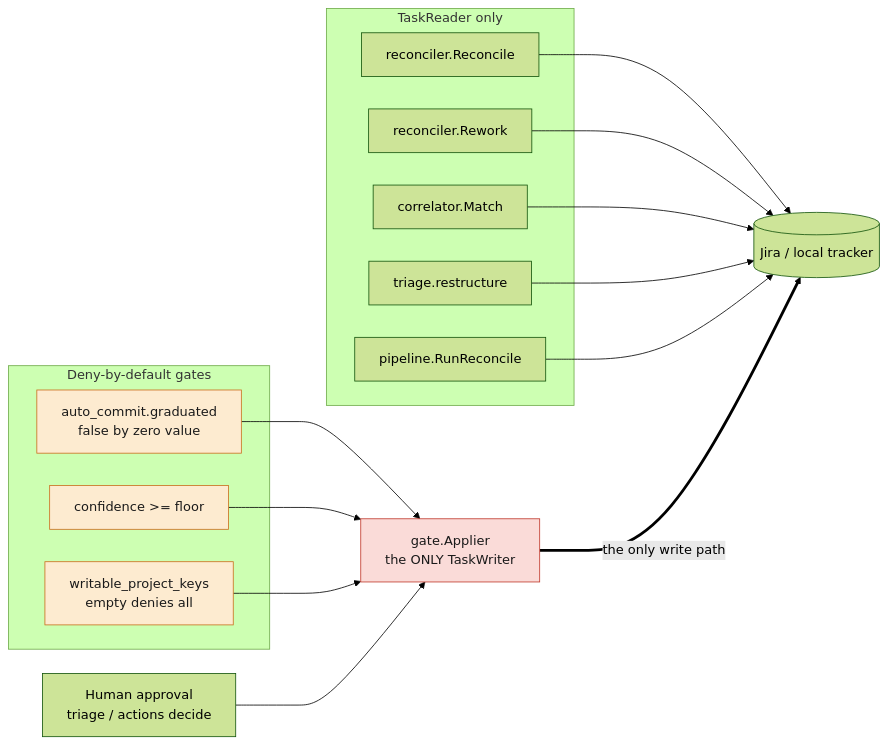
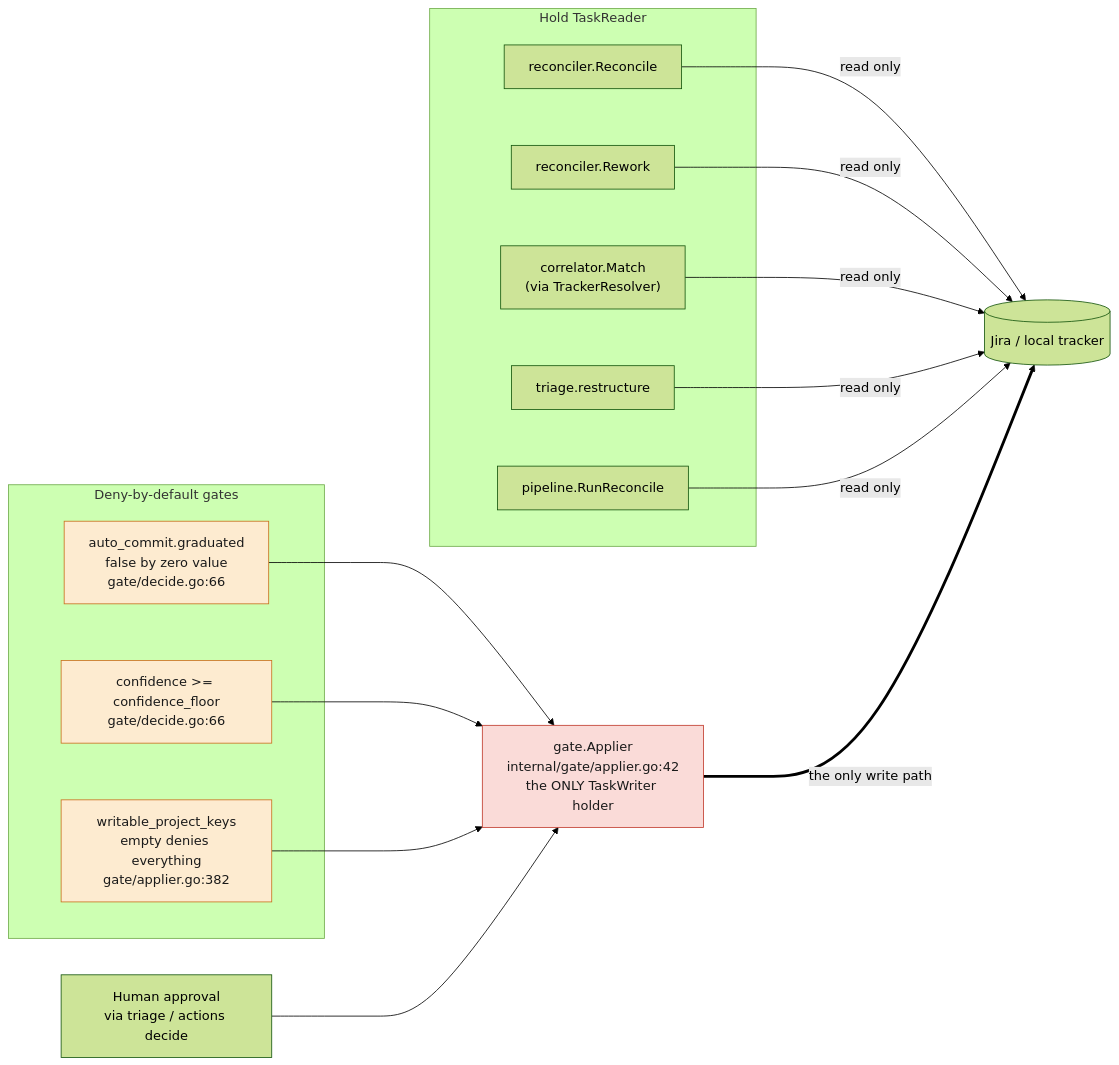
The second of 4 diagrams in docs/architecture.md (jcogilvie/unjira), drawn with Mermaid (forest theme) before and after one commit. The commit also changed other lines of this file, not shown here.

First line of the commit message:
docs: restore full diagram detail — zoom makes pixel count a non-constraint

````diff
--- a/docs/architecture.md
+++ b/docs/architecture.md
@@ -79,41 +105,41 @@
 ```mermaid
 ---
 config:
-  nodeSpacing: 40
-  rankSpacing: 70
+  nodeSpacing: 70
+  rankSpacing: 130
 ---
 flowchart LR
-    subgraph readers["TaskReader only"]
+    subgraph readers["Hold TaskReader"]
         R1["reconciler.Reconcile"]
         R2["reconciler.Rework"]
-        R3["correlator.Match"]
+        R3["correlator.Match<br/>(via TrackerResolver)"]
         R4["triage.restructure"]
         R5["pipeline.RunReconcile"]
     end
 
     subgraph gates["Deny-by-default gates"]
-        G1["auto_commit.graduated<br/>false by zero value"]
-        G2["confidence >= floor"]
-        G3["writable_project_keys<br/>empty denies all"]
+        G1["auto_commit.graduated<br/>false by zero value<br/>gate/decide.go:66"]
+        G2["confidence >= confidence_floor<br/>gate/decide.go:66"]
+        G3["writable_project_keys<br/>empty denies everything<br/>gate/applier.go:382"]
     end
 
-    HUMAN["Human approval<br/>triage / actions decide"]
-    A["gate.Applier<br/>the ONLY TaskWriter"]
+    HUMAN["Human approval<br/>via triage / actions decide"]
+    A["gate.Applier<br/>internal/gate/applier.go:42<br/>the ONLY TaskWriter holder"]
     TRACKER[("Jira / local tracker")]
 
-    R1 --> TRACKER
-    R2 --> TRACKER
-    R3 --> TRACKER
-    R4 --> TRACKER
-    R5 --> TRACKER
+    R1 -->|"read only"| TRACKER
+    R2 -->|"read only"| TRACKER
+    R3 -->|"read only"| TRACKER
+    R4 -->|"read only"| TRACKER
+    R5 -->|"read only"| TRACKER
     G1 --> A
     G2 --> A
     G3 --> A
     HUMAN --> A
     A ==>|"the only write path"| TRACKER
 
     classDef danger fill:#fadbd8,stroke:#c0392b,color:#1a1a1a
     classDef gate fill:#fdebd0,stroke:#ca6f1e,color:#1a1a1a
     class A danger
     class G1,G2,G3 gate
 ```
````
